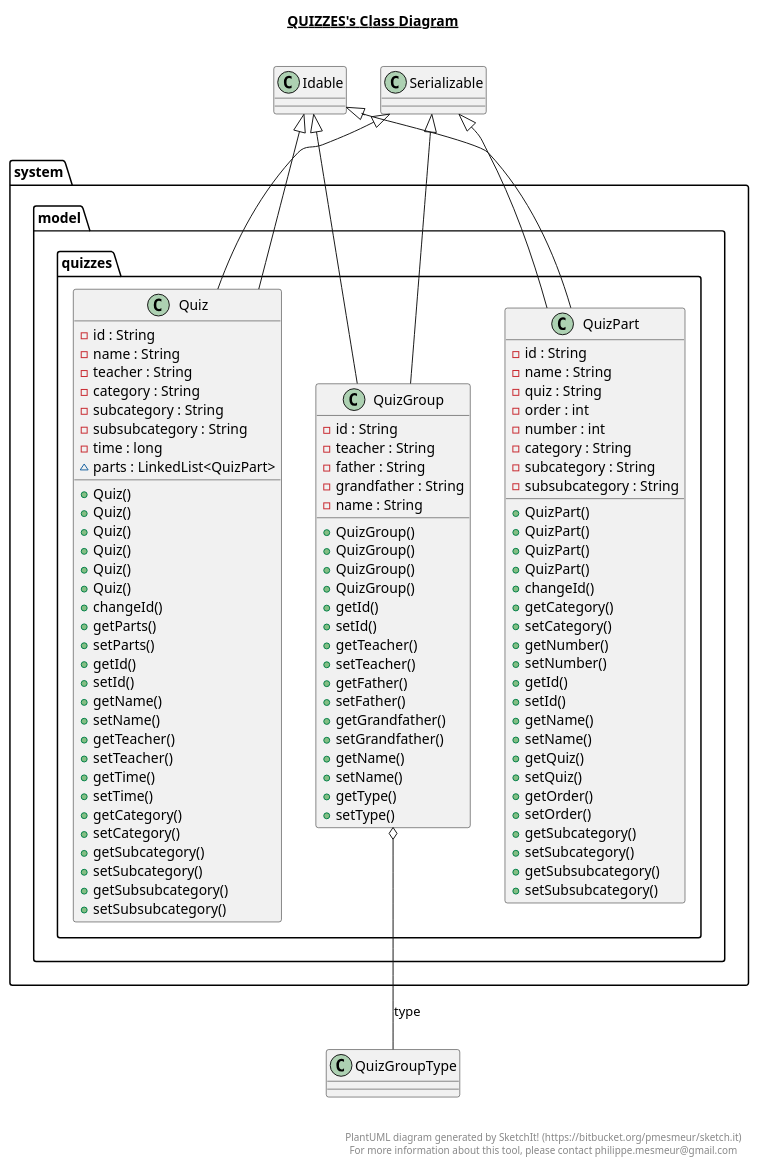
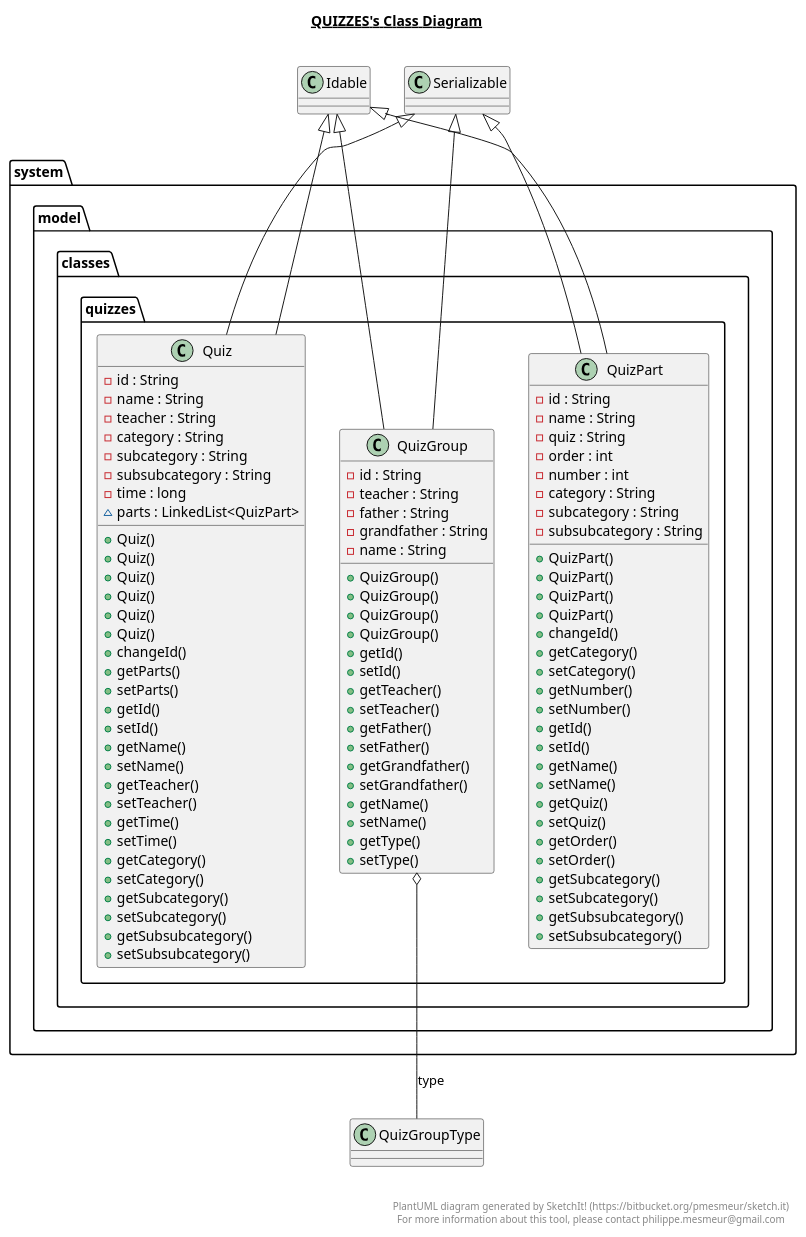
The diagram in src/main/java/system/model/quizzes/quizzes.plantuml (berl-a/DiplomaBackend), drawn with PlantUML before and after one commit. The commit also changed 514 other files, not shown here.

```diff
--- a/src/main/java/system/model/quizzes/quizzes.plantuml
+++ b/src/main/java/system/model/quizzes/quizzes.plantuml
@@ -1,126 +1,132 @@
 @startuml
 
 title __QUIZZES's Class Diagram__\n
 
   package system.model {
-    package system.model.quizzes {
-      class Quiz {
-          - id : String
-          - name : String
-          - teacher : String
-          - category : String
-          - subcategory : String
-          - subsubcategory : String
-          - time : long
-          ~ parts : LinkedList<QuizPart>
-          + Quiz()
-          + Quiz()
-          + Quiz()
-          + Quiz()
-          + Quiz()
-          + Quiz()
-          + changeId()
-          + getParts()
-          + setParts()
-          + getId()
-          + setId()
-          + getName()
-          + setName()
-          + getTeacher()
-          + setTeacher()
-          + getTime()
-          + setTime()
-          + getCategory()
-          + setCategory()
-          + getSubcategory()
-          + setSubcategory()
-          + getSubsubcategory()
-          + setSubsubcategory()
+    package system.model.classes {
+      package system.model.classes.quizzes {
+        class Quiz {
+            - id : String
+            - name : String
+            - teacher : String
+            - category : String
+            - subcategory : String
+            - subsubcategory : String
+            - time : long
+            ~ parts : LinkedList<QuizPart>
+            + Quiz()
+            + Quiz()
+            + Quiz()
+            + Quiz()
+            + Quiz()
+            + Quiz()
+            + changeId()
+            + getParts()
+            + setParts()
+            + getId()
+            + setId()
+            + getName()
+            + setName()
+            + getTeacher()
+            + setTeacher()
+            + getTime()
+            + setTime()
+            + getCategory()
+            + setCategory()
+            + getSubcategory()
+            + setSubcategory()
+            + getSubsubcategory()
+            + setSubsubcategory()
+        }
       }
     }
   }
   
 
   package system.model {
-    package system.model.quizzes {
-      class QuizGroup {
-          - id : String
-          - teacher : String
-          - father : String
-          - grandfather : String
-          - name : String
-          + QuizGroup()
-          + QuizGroup()
-          + QuizGroup()
-          + QuizGroup()
-          + getId()
-          + setId()
-          + getTeacher()
-          + setTeacher()
-          + getFather()
-          + setFather()
-          + getGrandfather()
-          + setGrandfather()
-          + getName()
-          + setName()
-          + getType()
-          + setType()
+    package system.model.classes {
+      package system.model.classes.quizzes {
+        class QuizGroup {
+            - id : String
+            - teacher : String
+            - father : String
+            - grandfather : String
+            - name : String
+            + QuizGroup()
+            + QuizGroup()
+            + QuizGroup()
+            + QuizGroup()
+            + getId()
+            + setId()
+            + getTeacher()
+            + setTeacher()
+            + getFather()
+            + setFather()
+            + getGrandfather()
+            + setGrandfather()
+            + getName()
+            + setName()
+            + getType()
+            + setType()
+        }
       }
     }
   }
   
 
   package system.model {
-    package system.model.quizzes {
-      class QuizPart {
-          - id : String
-          - name : String
-          - quiz : String
-          - order : int
-          - number : int
-          - category : String
-          - subcategory : String
-          - subsubcategory : String
-          + QuizPart()
-          + QuizPart()
-          + QuizPart()
-          + QuizPart()
-          + changeId()
-          + getCategory()
-          + setCategory()
-          + getNumber()
-          + setNumber()
-          + getId()
-          + setId()
-          + getName()
-          + setName()
-          + getQuiz()
-          + setQuiz()
-          + getOrder()
-          + setOrder()
-          + getSubcategory()
-          + setSubcategory()
-          + getSubsubcategory()
-          + setSubsubcategory()
+    package system.model.classes {
+      package system.model.classes.quizzes {
+        class QuizPart {
+            - id : String
+            - name : String
+            - quiz : String
+            - order : int
+            - number : int
+            - category : String
+            - subcategory : String
+            - subsubcategory : String
+            + QuizPart()
+            + QuizPart()
+            + QuizPart()
+            + QuizPart()
+            + changeId()
+            + getCategory()
+            + setCategory()
+            + getNumber()
+            + setNumber()
+            + getId()
+            + setId()
+            + getName()
+            + setName()
+            + getQuiz()
+            + setQuiz()
+            + getOrder()
+            + setOrder()
+            + getSubcategory()
+            + setSubcategory()
+            + getSubsubcategory()
+            + setSubsubcategory()
+        }
       }
     }
   }
   
 
   Quiz -up-|> Serializable
   Quiz -up-|> Idable
   QuizGroup -up-|> Serializable
   QuizGroup -up-|> Idable
   QuizGroup o-- QuizGroupType : type
   QuizPart -up-|> Serializable
   QuizPart -up-|> Idable
 
 
 right footer
 
 
 PlantUML diagram generated by SketchIt! (https://bitbucket.org/pmesmeur/sketch.it)
 For more information about this tool, please contact philippe.mesmeur@gmail.com
 endfooter
 
 @enduml
```
